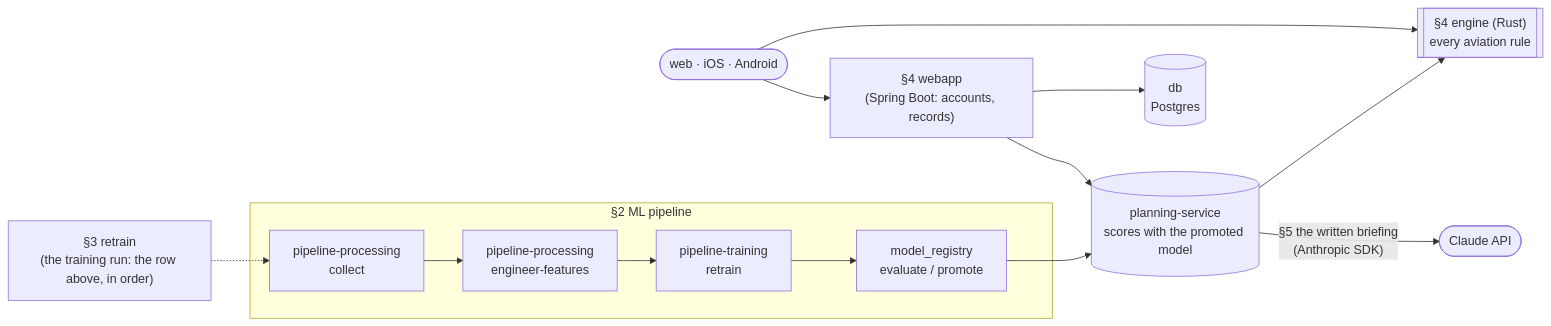
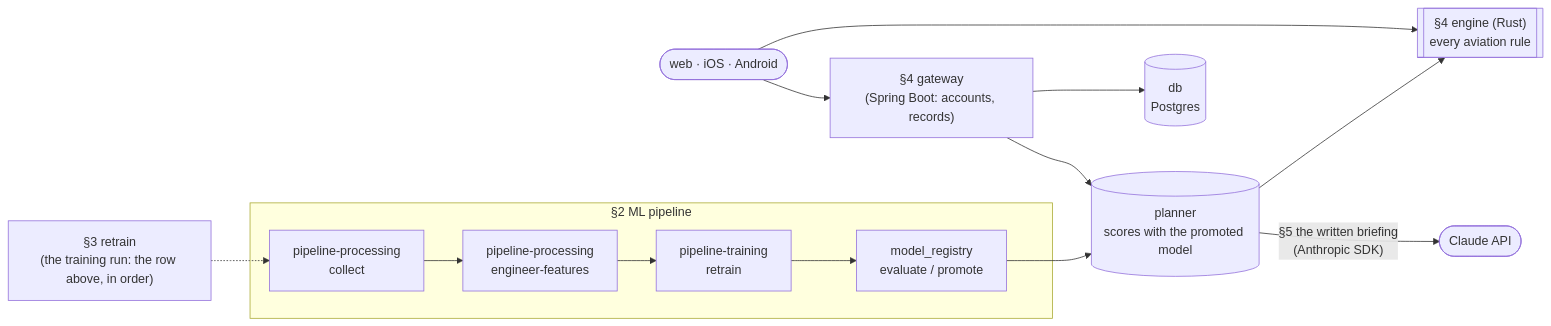
One commit to asdaq-samir/wingtip changed the first of 3 diagrams in docs/LEARNING-GUIDE.md. Above: the diagram before and after it, drawn with Mermaid. The commit also changed other lines of this file and 2142 other files, not shown here.

````diff
--- a/docs/LEARNING-GUIDE.md
+++ b/docs/LEARNING-GUIDE.md
@@ -41,20 +41,20 @@
 ```mermaid
 flowchart LR
     subgraph pipeline["§2 ML pipeline"]
         collect[pipeline-processing<br/>collect] --> engineer[pipeline-processing<br/>engineer-features]
         engineer --> retrain[pipeline-training<br/>retrain]
         retrain --> registry[model_registry<br/>evaluate / promote]
     end
     run["§3 retrain<br/>(the training run: the row above, in order)"] -.-> collect
 
-    registry --> planner[("planning-service<br/>scores with the promoted model")]
+    registry --> planner[("planner<br/>scores with the promoted model")]
 
-    webapp["§4 webapp<br/>(Spring Boot: accounts, records)"] --> planner
-    webapp --> db[("db<br/>Postgres")]
+    gateway["§4 gateway<br/>(Spring Boot: accounts, records)"] --> planner
+    gateway --> db[("db<br/>Postgres")]
     planner --> engine[["§4 engine (Rust)<br/>every aviation rule"]]
-    apps([web · iOS · Android]) --> webapp
+    apps([web · iOS · Android]) --> gateway
     apps --> engine
 
     planner -->|"§5 the written briefing<br/>(Anthropic SDK)"| claude([Claude API])
 
 ```
````
